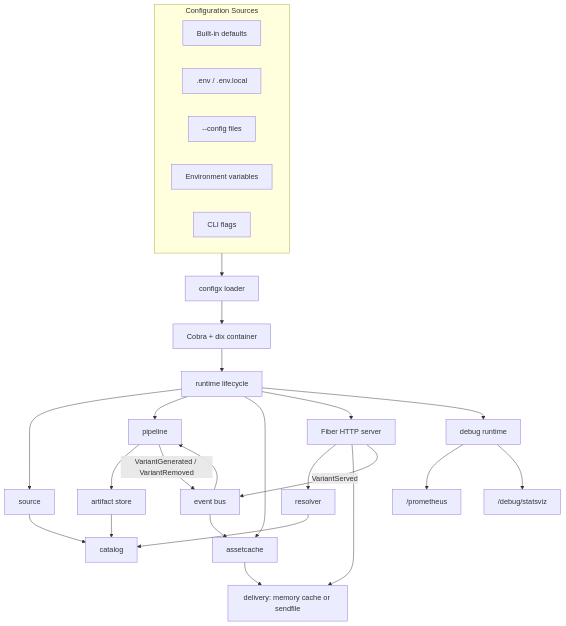
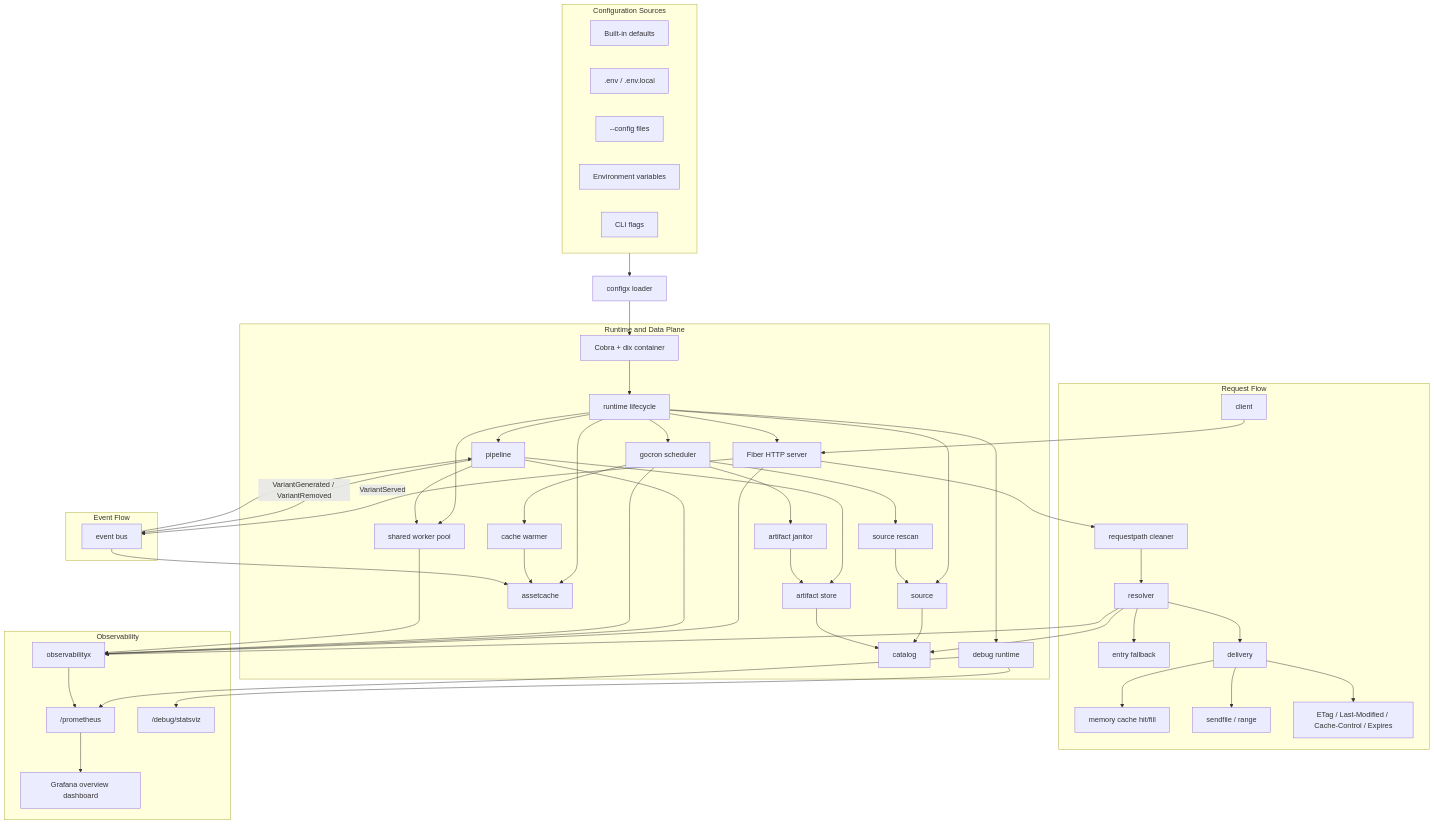
One commit to DaiYuANg/spack changed the diagram in README.md. Above: the diagram before and after it, drawn with Mermaid. The commit also changed other lines of this file, not shown here.

Commit message:
refresh README architecture and container examples

````diff
--- a/README.md
+++ b/README.md
@@ -58,37 +63,67 @@
 ```mermaid
 flowchart TB
     subgraph Config["Configuration Sources"]
         Defaults["Built-in defaults"]
         Dotenv[".env / .env.local"]
         Files["--config files"]
         Env["Environment variables"]
         Flags["CLI flags"]
     end
 
     Config --> Loader["configx loader"]
     Loader --> CLI["Cobra + dix container"]
 
-    CLI --> Runtime["runtime lifecycle"]
-    Runtime --> Source["source"]
-    Source --> Catalog["catalog"]
-    Runtime --> Pipeline["pipeline"]
-    Runtime --> AssetCache["assetcache"]
-    Runtime --> HTTP["Fiber HTTP server"]
-    Runtime --> Debug["debug runtime"]
+    subgraph Runtime["Runtime and Data Plane"]
+        CLI --> Lifecycle["runtime lifecycle"]
+        Lifecycle --> Source["source"]
+        Source --> Catalog["catalog"]
+        Lifecycle --> Pipeline["pipeline"]
+        Lifecycle --> WorkerPool["shared worker pool"]
+        Lifecycle --> AssetCache["assetcache"]
+        Lifecycle --> Scheduler["gocron scheduler"]
+        Lifecycle --> HTTP["Fiber HTTP server"]
+        Lifecycle --> Debug["debug runtime"]
 
-    Pipeline --> ArtifactStore["artifact store"]
-    ArtifactStore --> Catalog
+        Pipeline --> WorkerPool
+        Pipeline --> ArtifactStore["artifact store"]
+        ArtifactStore --> Catalog
 
-    HTTP --> Resolver["resolver"]
-    Resolver --> Catalog
-    HTTP --> Delivery["delivery: memory cache or sendfile"]
-    AssetCache --> Delivery
+        Scheduler --> SourceRescan["source rescan"]
+        Scheduler --> ArtifactJanitor["artifact janitor"]
+        Scheduler --> CacheWarmer["cache warmer"]
+        SourceRescan --> Source
+        ArtifactJanitor --> ArtifactStore
+        CacheWarmer --> AssetCache
+    end
 
-    HTTP -->|VariantServed| EventBus["event bus"]
-    Pipeline -->|VariantGenerated / VariantRemoved| EventBus
-    EventBus --> Pipeline
-    EventBus --> AssetCache
+    subgraph RequestFlow["Request Flow"]
+        Client["client"] --> HTTP
+        HTTP --> PathCleaner["requestpath cleaner"]
+        PathCleaner --> Resolver["resolver"]
+        Resolver --> Catalog
+        Resolver --> Fallback["entry fallback"]
+        Resolver --> Delivery["delivery"]
+        Delivery --> MemoryCache["memory cache hit/fill"]
+        Delivery --> Sendfile["sendfile / range"]
+        Delivery --> Headers["ETag / Last-Modified / Cache-Control / Expires"]
+    end
 
-    Debug --> Metrics["/prometheus"]
-    Debug --> Statsviz["/debug/statsviz"]
+    subgraph Events["Event Flow"]
+        HTTP -->|VariantServed| EventBus["event bus"]
+        Pipeline -->|VariantGenerated / VariantRemoved| EventBus
+        EventBus --> Pipeline
+        EventBus --> AssetCache
+    end
+
+    subgraph Observability["Observability"]
+        HTTP --> Metrics["observabilityx"]
+        Resolver --> Metrics
+        Pipeline --> Metrics
+        Scheduler --> Metrics
+        WorkerPool --> Metrics
+        Debug --> Prometheus["/prometheus"]
+        Debug --> Statsviz["/debug/statsviz"]
+        Metrics --> Prometheus
+        Prometheus --> Dashboard["Grafana overview dashboard"]
+    end
 ```
````
